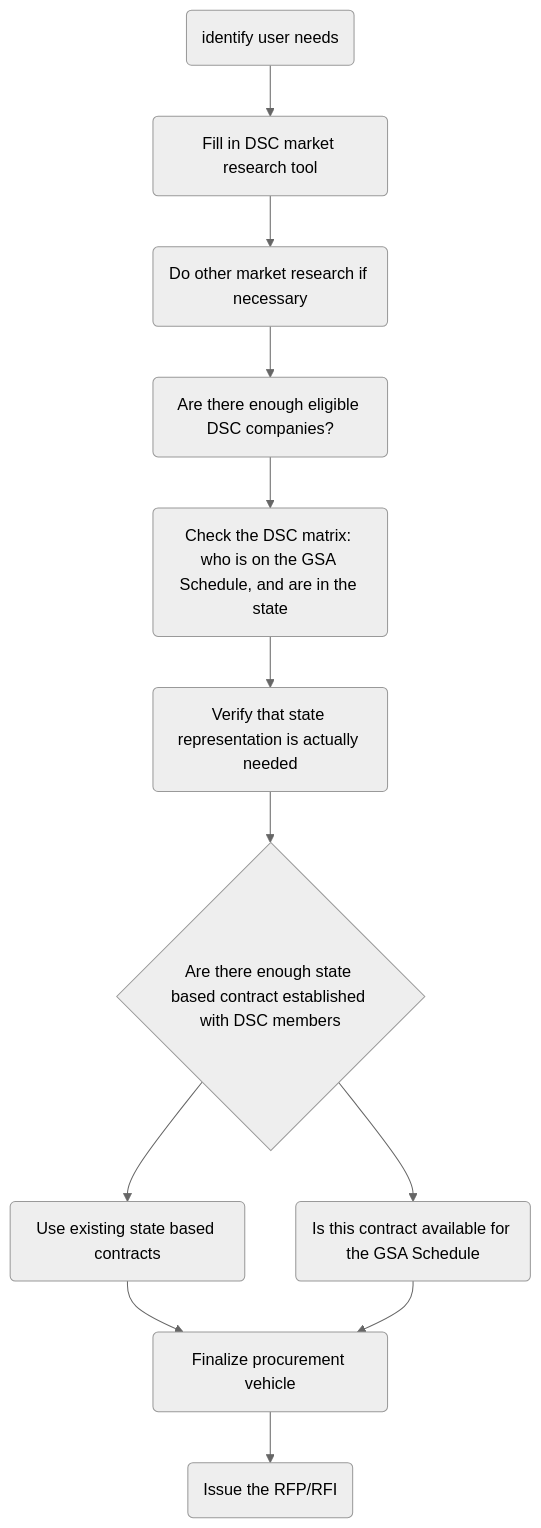
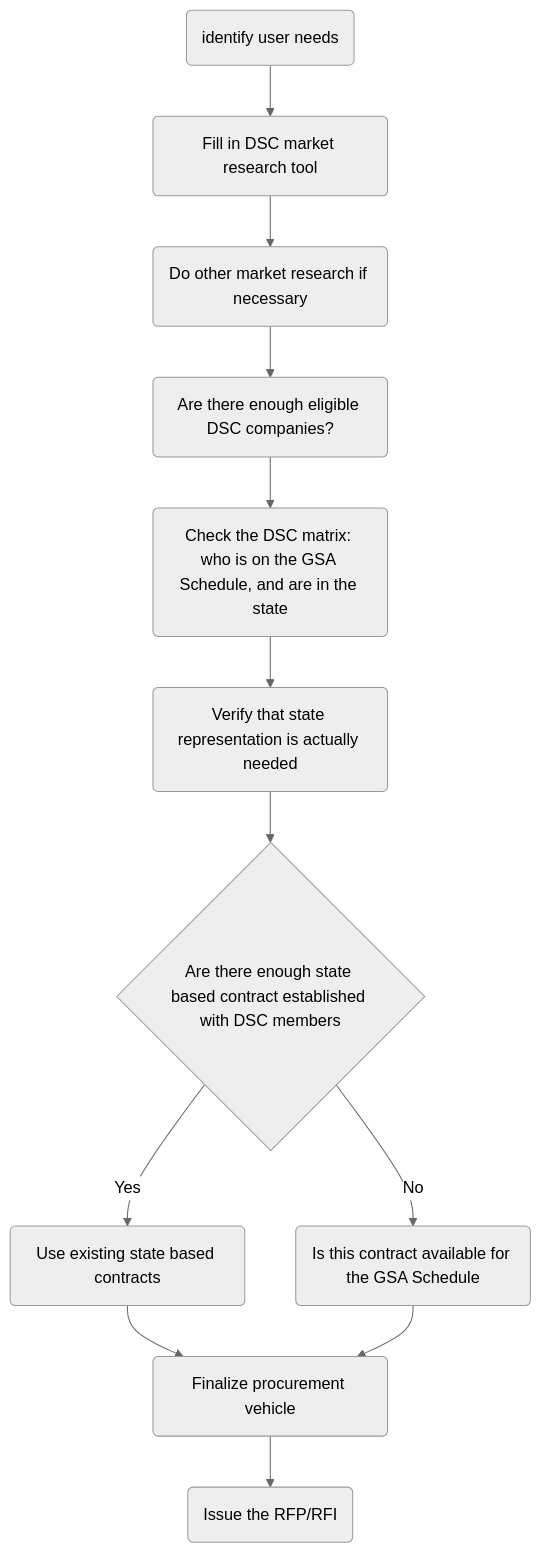
Before and after one commit to mgifford/mermaid-graphs: the diagram in dsc-decision-tree.md, drawn with Mermaid (neutral theme).

````diff
--- a/dsc-decision-tree.md
+++ b/dsc-decision-tree.md
@@ -3,19 +3,19 @@
 ```mermaid
 graph TD
     UserNeeds(identify user needs)-->DSC_MR(Fill in DSC market research tool);
     DSC_MR-->More_MR(Do other market research if necessary);
 
     More_MR-->CompanyPool(Are there enough eligible DSC companies?);
     CompanyPool-->DSC_Matrix(Check the DSC matrix: who is on the GSA Schedule, and are in the state);
 
     DSC_Matrix-->StateRepresentation(Verify that state representation is actually needed);
     StateRepresentation-->DSC_InState{Are there enough state based contract established with DSC members};
 
-    DSC_InState-->UseStateContract(Use existing state based contracts);
-    DSC_InState-->Eligible4GSA_Schedule(Is this contract available for the GSA Schedule);
+    DSC_InState--> |Yes| UseStateContract(Use existing state based contracts);
+    DSC_InState--> |No| Eligible4GSA_Schedule(Is this contract available for the GSA Schedule);
 
     UseStateContract-->ProcurementVehicle(Finalize procurement vehicle);
     Eligible4GSA_Schedule-->ProcurementVehicle;
 
     ProcurementVehicle-->IssueRFP(Issue the RFP/RFI);
 ```
````
